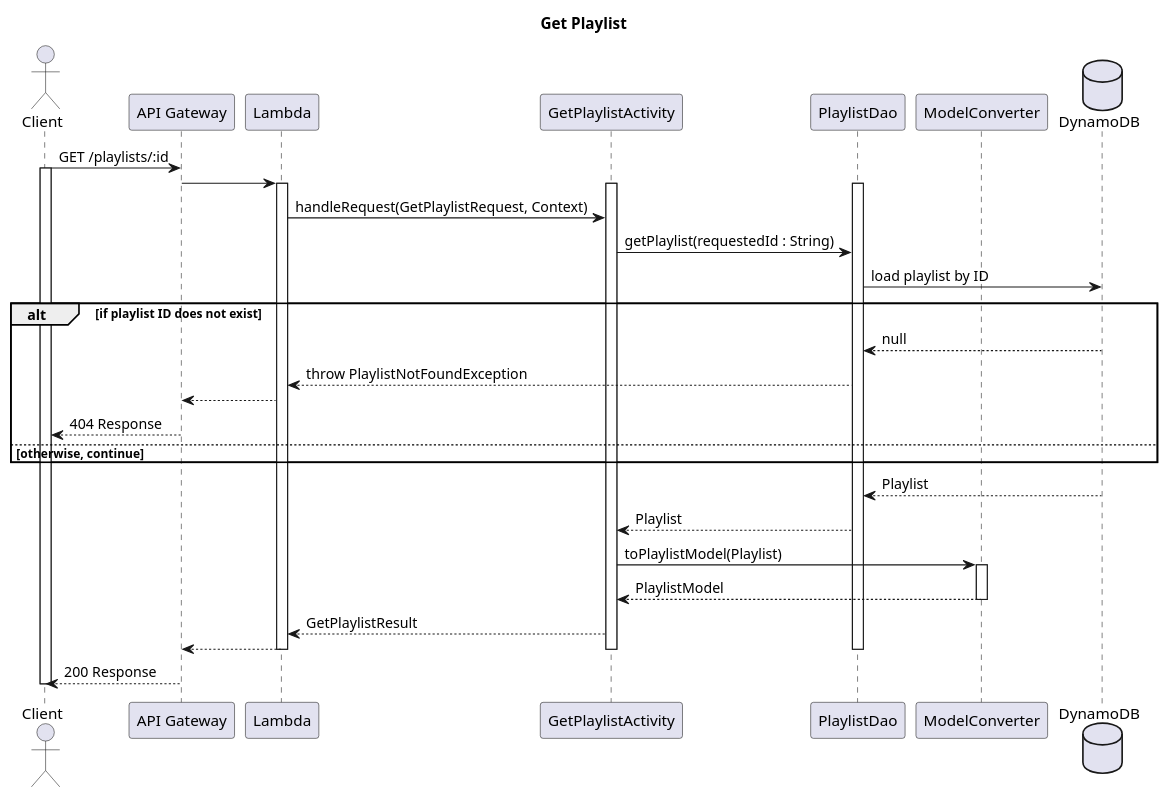
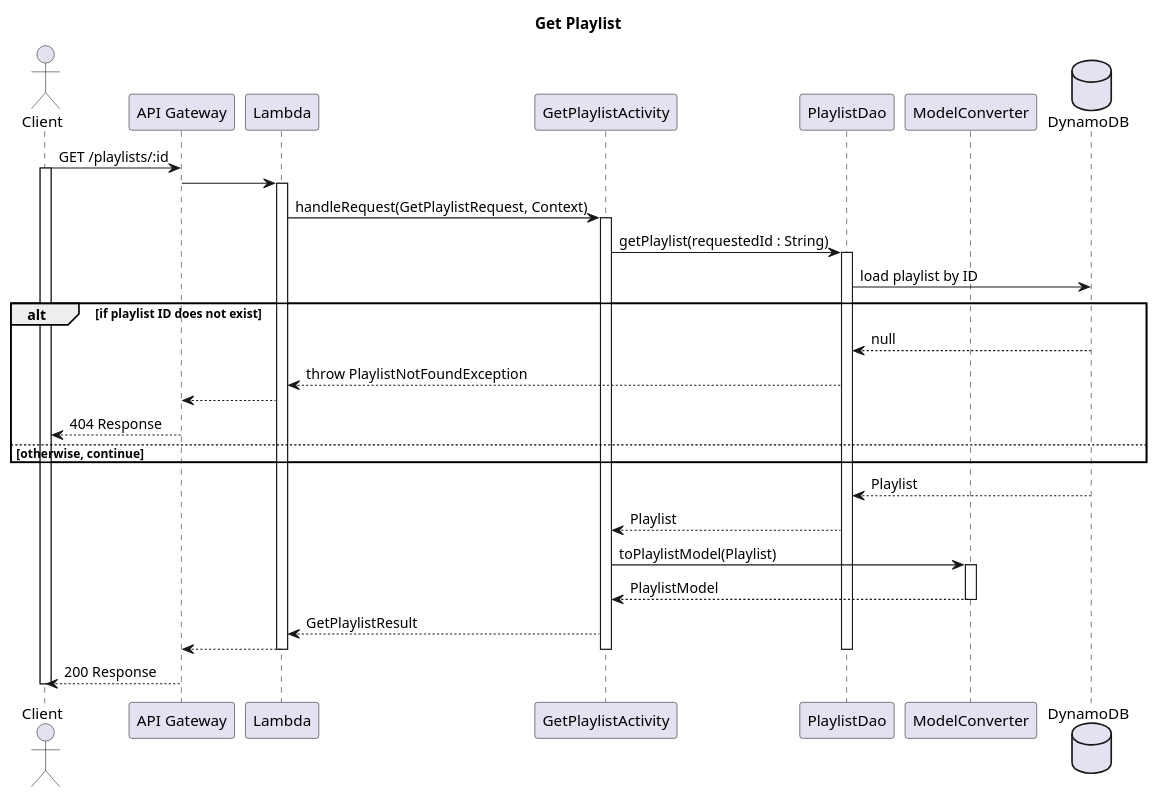
The diagram in src/resources/mastery-task1-get-playlist-SD.puml (cybersister/bd-working-with-databases-music-playlist-service), drawn with PlantUML before and after one commit.

Commit message:
quick change as i am reviewing this project to help me accomplish the requirements for another

```diff
--- a/src/resources/mastery-task1-get-playlist-SD.puml
+++ b/src/resources/mastery-task1-get-playlist-SD.puml
@@ -1,43 +1,44 @@
 @startuml
 title Get Playlist
 
 actor Client
 participant "API Gateway" as APIGateway
 participant Lambda
 participant GetPlaylistActivity
 participant PlaylistDao
 participant ModelConverter
 database DynamoDB
 
 Client -> APIGateway : GET /playlists/:id
 activate Client
 APIGateway -> Lambda
 activate Lambda
+Lambda -> GetPlaylistActivity : handleRequest(GetPlaylistRequest, Context)
 activate GetPlaylistActivity
+GetPlaylistActivity -> PlaylistDao : getPlaylist(requestedId : String)
 activate PlaylistDao
-Lambda -> GetPlaylistActivity :  handleRequest(GetPlaylistRequest, Context)
-GetPlaylistActivity -> PlaylistDao : getPlaylist(requestedId : String)
 PlaylistDao -> DynamoDB : load playlist by ID
+
 alt if playlist ID does not exist
     PlaylistDao <-- DynamoDB : null
     Lambda <-- PlaylistDao : throw PlaylistNotFoundException
     APIGateway <-- Lambda
     Client <-- APIGateway : 404 Response
 else otherwise, continue
 end
 
 PlaylistDao <-- DynamoDB : Playlist
 GetPlaylistActivity <-- PlaylistDao : Playlist
 GetPlaylistActivity -> ModelConverter : toPlaylistModel(Playlist)
 activate ModelConverter
 GetPlaylistActivity <-- ModelConverter : PlaylistModel
 deactivate ModelConverter
 Lambda <-- GetPlaylistActivity : GetPlaylistResult
 APIGateway <-- Lambda
 deactivate PlaylistDao
 deactivate GetPlaylistActivity
 deactivate Lambda
 Client <-- APIGateway : 200 Response
 deactivate Client
 
 @enduml
```
